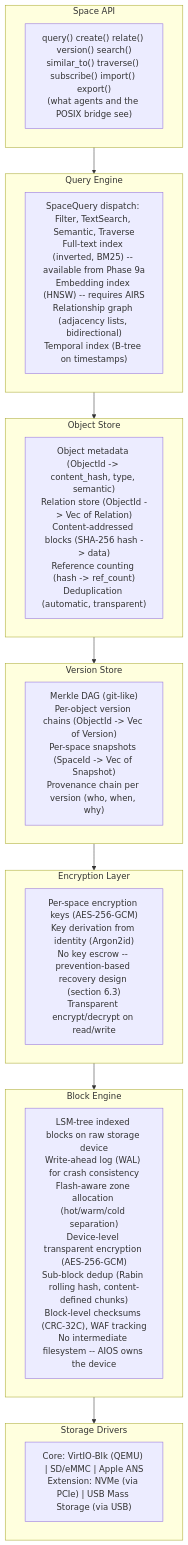
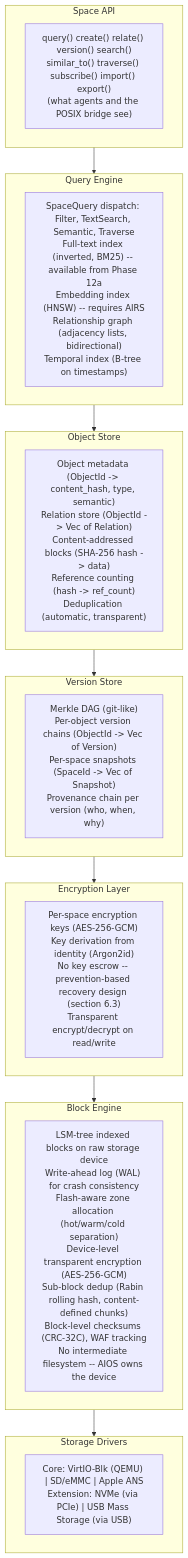
One commit to juslee/aios changed the diagram in docs/storage/spaces.md. Above: the diagram before and after it, drawn with Mermaid. The commit also changed other lines of this file and 94 other files, not shown here.

````diff
--- a/docs/storage/spaces.md
+++ b/docs/storage/spaces.md
@@ -20,55 +20,55 @@
 ```mermaid
 flowchart TD
     subgraph API["Space API"]
         A1["`query() create() relate() version() search()
 similar_to() traverse() subscribe() import() export()
 (what agents and the POSIX bridge see)`"]
     end
 
     subgraph QE["Query Engine"]
         Q1["`SpaceQuery dispatch: Filter, TextSearch, Semantic, Traverse
-Full-text index (inverted, BM25) -- available from Phase 9a
+Full-text index (inverted, BM25) -- available from Phase 12a
 Embedding index (HNSW) -- requires AIRS
 Relationship graph (adjacency lists, bidirectional)
 Temporal index (B-tree on timestamps)`"]
     end
 
     subgraph OS["Object Store"]
         O1["`Object metadata (ObjectId -> content_hash, type, semantic)
 Relation store (ObjectId -> Vec of Relation)
 Content-addressed blocks (SHA-256 hash -> data)
 Reference counting (hash -> ref_count)
 Deduplication (automatic, transparent)`"]
     end
 
     subgraph VS["Version Store"]
         V1["`Merkle DAG (git-like)
 Per-object version chains (ObjectId -> Vec of Version)
 Per-space snapshots (SpaceId -> Vec of Snapshot)
 Provenance chain per version (who, when, why)`"]
     end
 
     subgraph EL["Encryption Layer"]
         E1["`Per-space encryption keys (AES-256-GCM)
 Key derivation from identity (Argon2id)
 No key escrow -- prevention-based recovery design (section 6.3)
 Transparent encrypt/decrypt on read/write`"]
     end
 
     subgraph BE["Block Engine"]
         B1["`LSM-tree indexed blocks on raw storage device
 Write-ahead log (WAL) for crash consistency
 Flash-aware zone allocation (hot/warm/cold separation)
 Device-level transparent encryption (AES-256-GCM)
 Sub-block dedup (Rabin rolling hash, content-defined chunks)
 Block-level checksums (CRC-32C), WAF tracking
 No intermediate filesystem -- AIOS owns the device`"]
     end
 
     subgraph SD["Storage Drivers"]
         S1["`Core: VirtIO-Blk (QEMU) | SD/eMMC | Apple ANS
 Extension: NVMe (via PCIe) | USB Mass Storage (via USB)`"]
     end
 
     API --> QE --> OS --> VS --> EL --> BE --> SD
 ```
````
